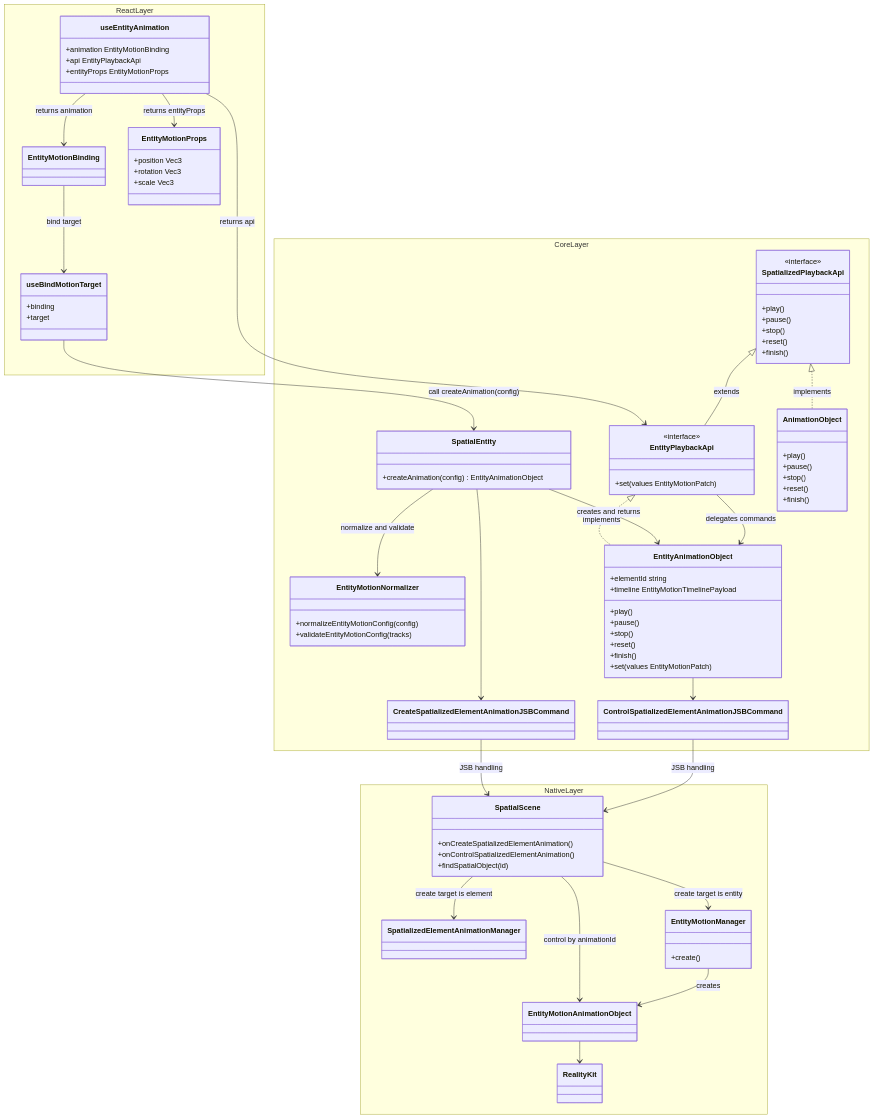
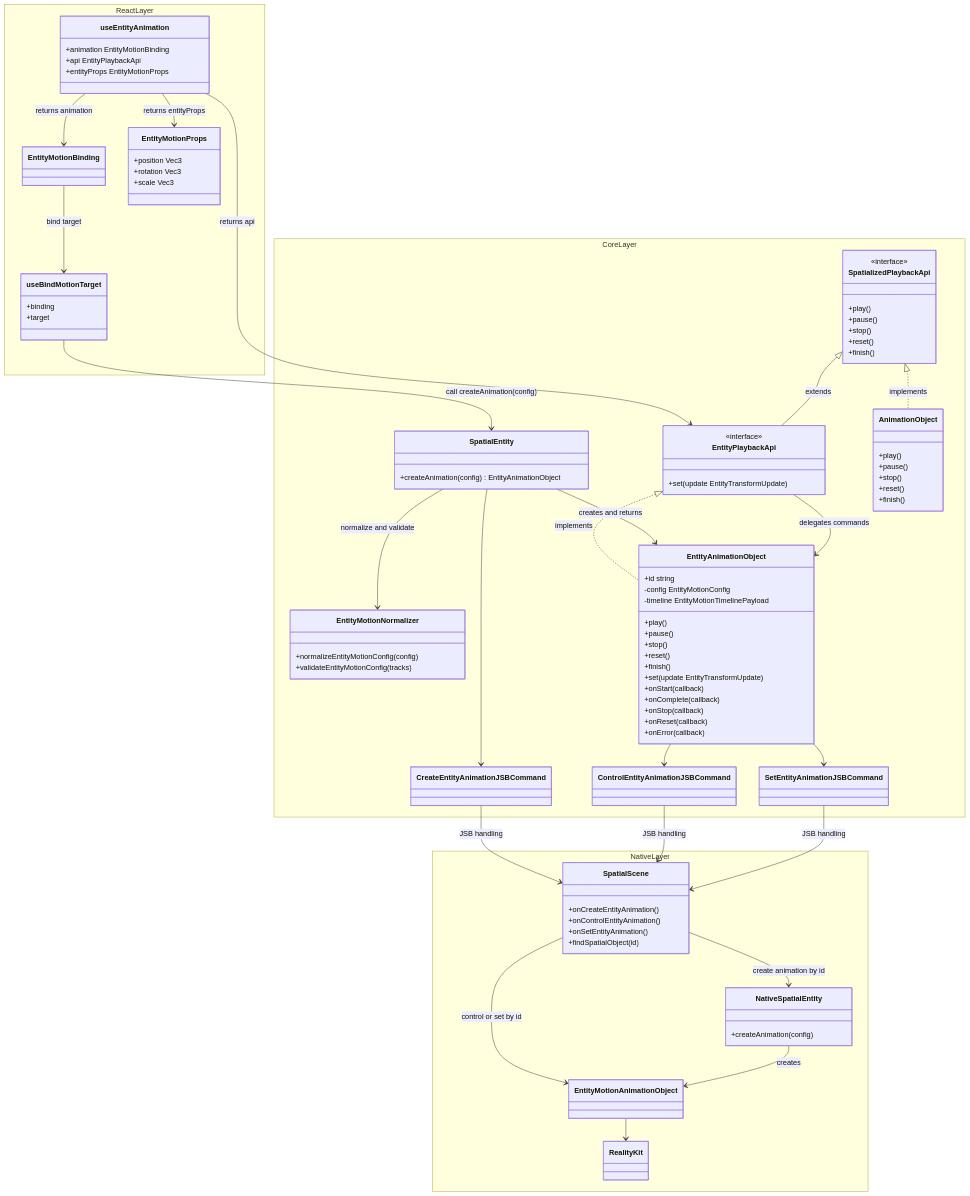
The second of 14 diagrams in openspec/changes/redesign-entity-motion-api/design.md (webspatial/webspatial-sdk), drawn with Mermaid before and after one commit. The commit also changed other lines of this file and 7 other files, not shown here.

````diff
--- a/openspec/changes/redesign-entity-motion-api/design.md
+++ b/openspec/changes/redesign-entity-motion-api/design.md
@@ -221,7 +223,7 @@
         }
         class EntityPlaybackApi {
             <<interface>>
-            +set(values EntityMotionPatch)
+            +set(update EntityTransformUpdate)
         }
         class AnimationObject {
             +play()
@@ -231,27 +233,34 @@
             +finish()
         }
         class EntityAnimationObject {
-            +elementId string
-            +timeline EntityMotionTimelinePayload
+            +id string
+            -config EntityMotionConfig
+            -timeline EntityMotionTimelinePayload
             +play()
             +pause()
             +stop()
             +reset()
             +finish()
-            +set(values EntityMotionPatch)
+            +set(update EntityTransformUpdate)
+            +onStart(callback)
+            +onComplete(callback)
+            +onStop(callback)
+            +onReset(callback)
+            +onError(callback)
         }
-        class CreateSpatializedElementAnimationJSBCommand
-        class ControlSpatializedElementAnimationJSBCommand
+        class CreateEntityAnimationJSBCommand
+        class ControlEntityAnimationJSBCommand
+        class SetEntityAnimationJSBCommand
     }
     namespace NativeLayer {
         class SpatialScene {
-            +onCreateSpatializedElementAnimation()
-            +onControlSpatializedElementAnimation()
+            +onCreateEntityAnimation()
+            +onControlEntityAnimation()
+            +onSetEntityAnimation()
             +findSpatialObject(id)
         }
-        class SpatializedElementAnimationManager
-        class EntityMotionManager {
-            +create()
+        class NativeSpatialEntity {
+            +createAnimation(config)
         }
         class EntityMotionAnimationObject
         class RealityKit
@@ -267,13 +276,14 @@
     EntityPlaybackApi <|.. EntityAnimationObject : implements
     SpatialEntity --> EntityAnimationObject : creates and returns
     EntityPlaybackApi --> EntityAnimationObject : delegates commands
-    SpatialEntity --> CreateSpatializedElementAnimationJSBCommand
-    EntityAnimationObject --> ControlSpatializedElementAnimationJSBCommand
-    CreateSpatializedElementAnimationJSBCommand --> SpatialScene : JSB handling
-    ControlSpatializedElementAnimationJSBCommand --> SpatialScene : JSB handling
-    SpatialScene --> SpatializedElementAnimationManager : create target is element
-    SpatialScene --> EntityMotionManager : create target is entity
-    SpatialScene --> EntityMotionAnimationObject : control by animationId
-    EntityMotionManager --> EntityMotionAnimationObject : creates
+    SpatialEntity --> CreateEntityAnimationJSBCommand
+    EntityAnimationObject --> ControlEntityAnimationJSBCommand
+    EntityAnimationObject --> SetEntityAnimationJSBCommand
+    CreateEntityAnimationJSBCommand --> SpatialScene : JSB handling
+    ControlEntityAnimationJSBCommand --> SpatialScene : JSB handling
+    SetEntityAnimationJSBCommand --> SpatialScene : JSB handling
+    SpatialScene --> NativeSpatialEntity : create animation by id
+    SpatialScene --> EntityMotionAnimationObject : control or set by id
+    NativeSpatialEntity --> EntityMotionAnimationObject : creates
     EntityMotionAnimationObject --> RealityKit
 ```
````
